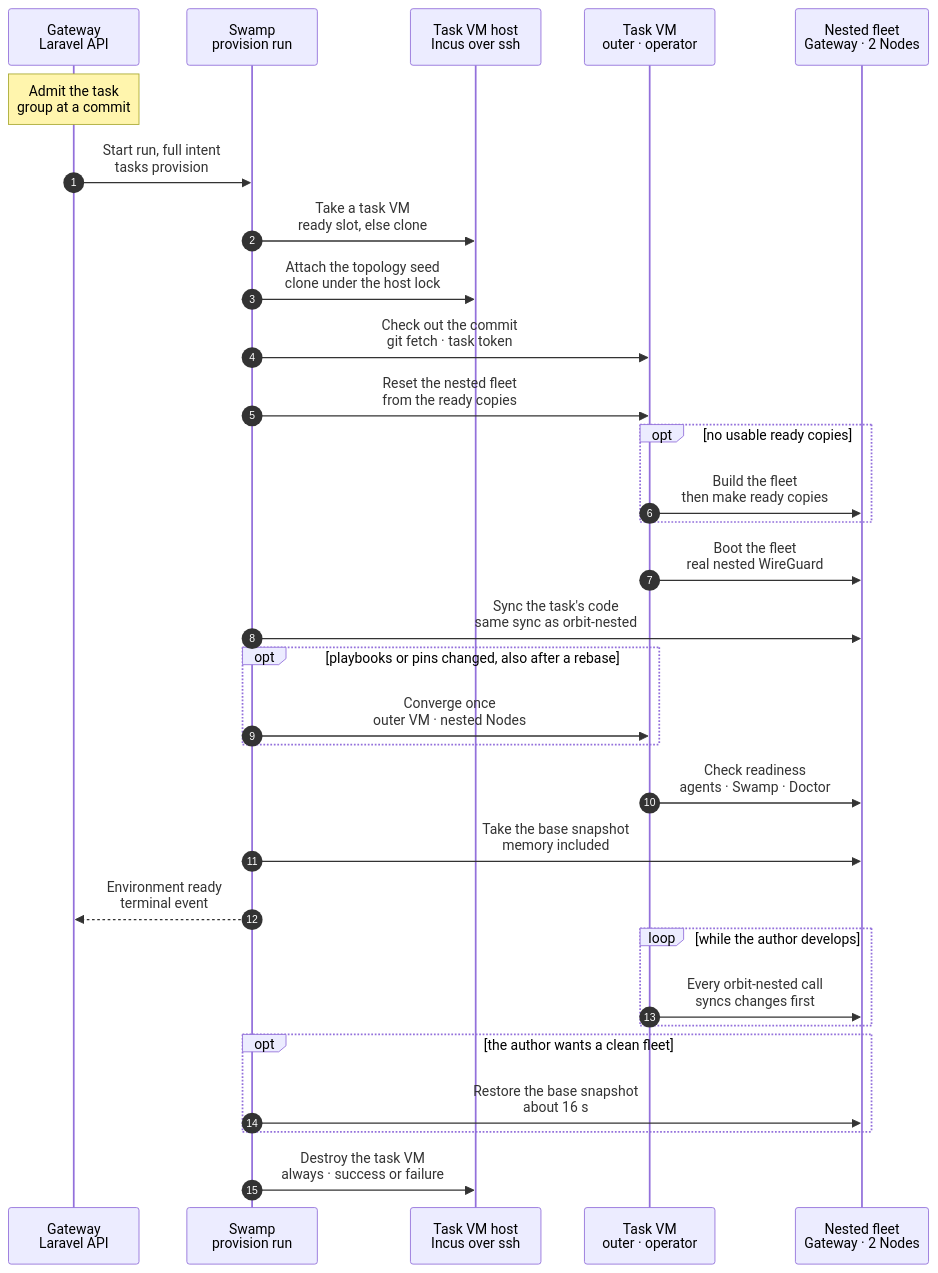
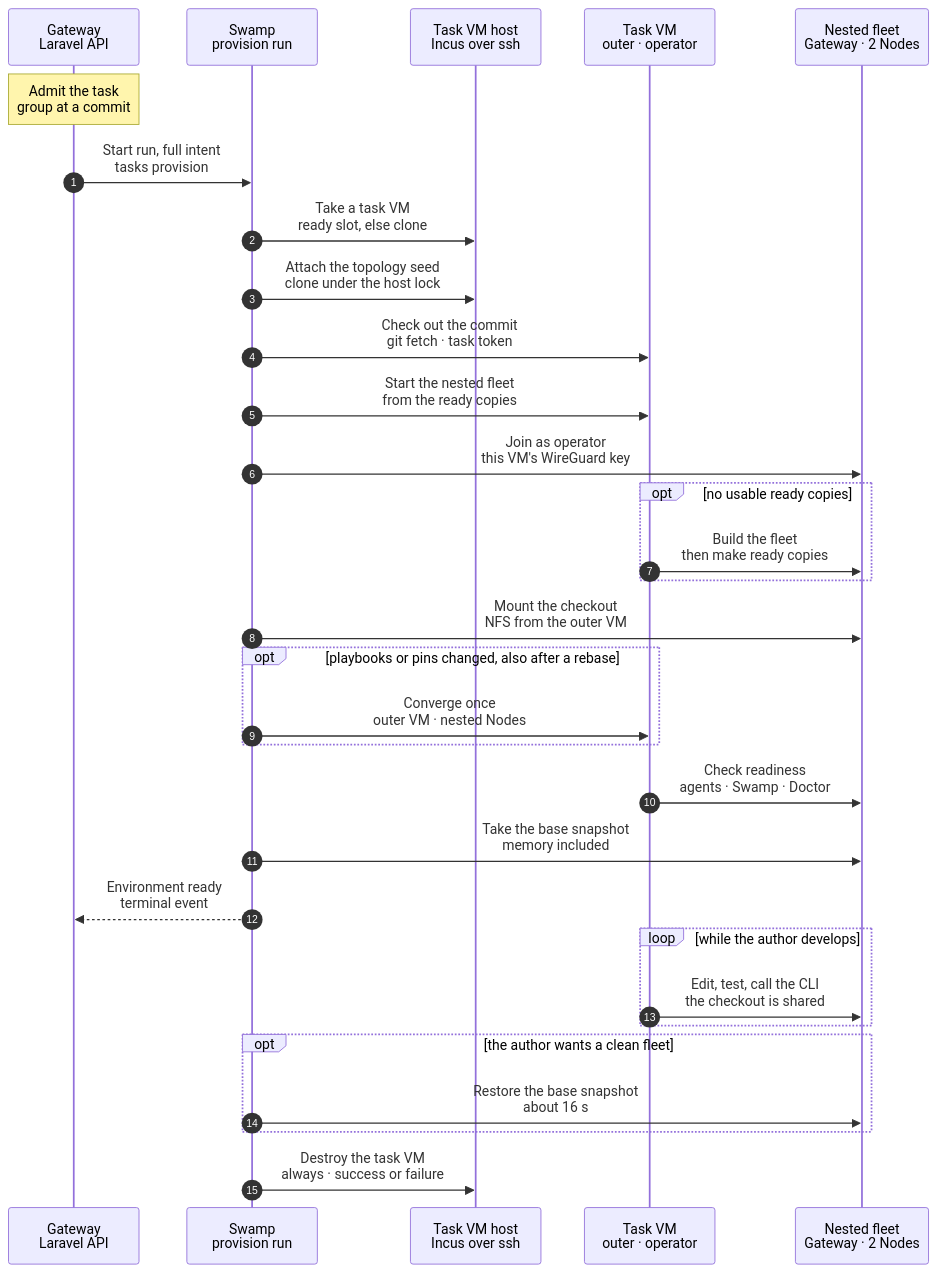
Before and after one commit to hardimpactdev/orbit: the diagram in docs/reference/pipeline/2-development-environment.mmd, drawn with Mermaid. The commit also changed 4 other files, not shown here.

First line of the commit message:
docs(pipeline): NFS-mounted checkout and self-contained ready copies

```diff
--- a/docs/reference/pipeline/2-development-environment.mmd
+++ b/docs/reference/pipeline/2-development-environment.mmd
@@ -1,106 +1,117 @@
 sequenceDiagram
-  %% Target design: stage 2 of the command development pipeline. A task VM, where an agent or Nick develops a command and the proof cases run too, holds a nested fleet (a Gateway with Swamp, an app-dev Node, an app-prod Node) that resets from the ready copies in the host's topology seed. The nested VMs hold their own checkout; orbit-nested syncs the author's changes into them, so memory snapshots work. Uses the simple slot pool (task-vm.slots) as the target way to get the VM.
+  %% Target design: stage 2 of the command development pipeline. A task VM, where an agent or Nick develops a command and the proof cases run too, holds a nested fleet (a Gateway with Swamp, an app-dev Node, an app-prod Node) that resets from the ready copies in the host's topology seed. The nested VMs mount the outer VM's checkout over NFS, so an edit reaches them at once with no sync, and memory snapshots still work (decided 2026-11-05). Uses the simple slot pool (task-vm.slots) as the target way to get the VM.
   %% status: draft
   %% command: development pipeline stage 2 · development environment
   %% kind: pipeline.2-development-environment
   autonumber
   %% lane GW icon=gateway pill=intent tone=blue
   %% lane SW icon=workflow pill=executes tone=green
   %% lane H icon=server pill=target tone=amber
   %% lane VM icon=server pill=target tone=purple
   %% lane NT icon=server pill=fleet tone=gray
   participant GW as Gateway<br/>Laravel API
   participant SW as Swamp<br/>provision run
   participant H as Task VM host<br/>Incus over ssh
   participant VM as Task VM<br/>outer · operator
   participant NT as Nested fleet<br/>Gateway · 2 Nodes
   Note over GW: Admit the task<br/>group at a commit
   %%> Requirements:
   %%> - an external task group in `todo` and a free task VM host
   %%> Result:
   %%> - the full intent is recorded; the group is reserved
   GW->>SW: Start run, full intent<br/>tasks provision
   %%> Why:
   %%> - the same run for a person, an agent or a CI proof
   SW->>H: Take a task VM<br/>ready slot, else clone
   %%> Target, not built:
   %%> - start a ready slot that was enrolled ahead of time and kept stopped; takes seconds (chart `task-vm.slots`)
   %%> Built today:
   %%> - clone the task image, boot, enrol (keys, WireGuard, observer), model key, Pi; takes minutes
   SW->>H: Attach the topology seed<br/>clone under the host lock
   %%> What it does:
   %%> - clones the seed of the host's task image; on ZFS the clone costs only what the Nodes write
   %%> - the VM sees it as the disk `topology-seed`
   %%> Why:
   %%> - each host keeps its own seed; nothing is copied between hosts
   SW->>VM: Check out the commit<br/>git fetch · task token
   %%> What it does:
   %%> - checks out the commit or branch the task works on, with a read token from the vault
-  SW->>VM: Reset the nested fleet<br/>from the ready copies
+  SW->>VM: Start the nested fleet<br/>from the ready copies
   %%> What it does:
-  %%> - per Node: copies the ready copy, adds the saved NIC, starts all three
-  %%> - no code share from the outer VM: each ready copy holds its own checkout with `vendor` and `node_modules` at the seed's commit
+  %%> - creates the nested network from the subnet stored with the ready copies
+  %%> - per Node: copies the ready copy, adds its NIC with the stored MAC and address, starts all three
+  %%> - each ready copy is self-contained: its own `.env`, storage, `bootstrap/cache` and database on its own disk (stage 6 saves them so); the code comes from the outer VM's checkout
+  %%> - needs no earlier fleet in this VM and no state from the outer VM; the task owns the network and the three VMs
+  %%> - then pushes the proof Swamp Club key into the nested Gateway, as today
+  %%> Proposed 2026-11-05:
+  %%> - replaces today's reset, which takes `.env`, storage, the agent manifest and the lease from an earlier fleet in the same VM, so it fails on a fresh VM
   %%> Time:
   %%> - about 75 seconds to a checked fleet, of which the boot is about 50
+  SW->>NT: Join as operator<br/>this VM's WireGuard key
+  %%> What it does:
+  %%> - the outer VM makes its own WireGuard key; its public key goes into the nested Gateway's operator Node record with `incus exec` (the outer VM is the Incus host of the nested VMs, so this needs no network yet)
+  %%> - the nested Gateway puts the key on its hub; the outer VM brings up WireGuard as the operator `10.45.0.10`
+  %%> - the private key never leaves this task VM; each task VM has its own
+  %%> Proposed 2026-11-05:
+  %%> - the ready copies hold the operator Node record without a key (stage 6), so the key of the VM that made them never works anywhere else
   opt no usable ready copies
     VM->>NT: Build the fleet<br/>then make ready copies
     %%> When:
     %%> - a new task image has a seed with only the Node template until its first seed refresh (stage 6)
     %%> Time:
     %%> - about 230 seconds; the build ends by making the ready copies for the next reset
   end
-  VM->>NT: Boot the fleet<br/>real nested WireGuard
+  SW->>NT: Mount the checkout<br/>NFS from the outer VM
   %%> What it does:
-  %%> - the three Nodes share a real nested network; the outer VM is the operator
-  SW->>NT: Sync the task's code<br/>same sync as orbit-nested
-  %%> What it does:
-  %%> - rsync of the outer checkout into the nested Gateway and app-dev, only what differs from the seed's commit
-  %%> - leaves out `vendor`, `node_modules`, `.git`, `.env`, `storage` and `bootstrap/cache`
-  %%> - `composer install` or `bun install` only when a lock file changed, from the cache in the VM; then migrations and a Swamp reload
+  %%> - the outer VM exports its checkout over NFS to the nested network only; the nested Gateway and app-dev mount it as their checkout
+  %%> - `.env`, `storage` and `bootstrap/cache` stay on each VM's own disk, mounted over the shared checkout
+  %%> - then the apply step: migrations and a restart of the long-running services (queue worker, Swamp worker), so they run the checked-out code
+  %%> - stock NFS and systemd mount units, set up by the image and Node playbooks; no sync program
   %%> Why:
-  %%> - the seed is refreshed after each release, so the difference stays small
+  %%> - an edit on the outer VM is in the nested VMs at once; nothing can run against old code
+  %%> - Incus turns a shared folder into 9p when memory snapshots are on, and QEMU cannot snapshot a VM with 9p mounted; NFS is network traffic, so snapshots work
+  %%> Measured on tvm-554, 2026-11-05:
+  %%> - memory snapshot with NFS mounted: create 21 s, restore 10 s; an edit after the restore is visible at once
+  %%> - `artisan --version` 0.39 s against 0.23 s local; Gateway unit tests 3.9 s against 2.8 s; HTTP requests the same
+  %%> - installs and tests run on the outer VM against its local disk, so the slower NFS writes (a full `composer install` 17 s against 9 s) do not apply
   opt playbooks or pins changed, also after a rebase
     SW->>VM: Converge once<br/>outer VM · nested Nodes
     %%> What it does:
     %%> - image playbooks on the outer VM; role playbooks and pins on the nested Nodes, through the nested Orbit's `node:converge`
-    %%> - runs after the sync, so the nested Orbit has the new playbooks
+    %%> - the nested Orbit reads the playbooks from the mounted checkout
     %%> - after a rebase onto main, a running task picks up the tools main added since its start
     %%> Why:
     %%> - a tool update lives in code; this puts it in place once, and the snapshot taken next keeps it
     %%> - the base images are not touched; only the merge and the seed refresh change them
   end
   VM->>NT: Check readiness<br/>agents · Swamp · Doctor
   %%> What it does:
   %%> - every Node agent online, the Swamp worker enrolled, the Gateway knows the operator, Doctor has no finding
   SW->>NT: Take the base snapshot<br/>memory included
   %%> What it does:
   %%> - one Incus stateful snapshot `base` of the three nested VMs (`migration.stateful`, `size.state` = memory)
   %%> - every proof batch starts from it (stage 3)
   %%> - holds the proof Swamp Club key, pushed in after the restore of the ready copies; accepted because `base` belongs to this task VM only and is destroyed with it; ready copies stay key-free
   %%> Why:
-  %%> - possible because no VM mounts a share from the outer VM
+  %%> - possible because the checkout is an NFS mount, not an Incus shared folder
   SW-->>GW: Environment ready<br/>terminal event
   %%> Result:
   %%> - the Gateway marks the group running and records the VM; the proof (stage 3) or the proof CI (stage 4) uses the fleet
   loop while the author develops
-    VM->>NT: Every orbit-nested call<br/>syncs changes first
+    VM->>NT: Edit, test, call the CLI<br/>the checkout is shared
     %%> What it does:
-    %%> - `orbit-nested` on the outer VM runs the same sync before each call; well under a second when nothing changed
-    %%> - `orbit-nested exec NODE -- CMD` does the same for direct commands, such as `artisan`; the task brief says to use it
-    %%> - when the sync moved files into the Gateway, the apply step follows: `composer install` only where a lock file changed, then migrations, the Swamp workflows and a restart of two proof services; about 1 second
-    %%> - a call that fails halfway leaves a marker; the next call repeats the whole sync and apply
-    %%> Target, not built:
-    %%> - when the change holds playbooks or pins, or after a rebase onto main, the sync also runs the converge step above once
-    %%> Why:
-    %%> - the agent never has to remember a sync; edits reach the fleet like the old share
+    %%> - the author edits and runs tests on the outer VM; PHP in the nested VMs sees the change on the next request
+    %%> - the candidate CLI on the outer VM talks to the nested Gateway as the operator
+    %%> - after a new migration or a change to a long-running service, the author runs the apply step again
+    %%> - when the change holds playbooks or pins, or after a rebase onto main, the converge step above runs once
   end
   opt the author wants a clean fleet
     SW->>NT: Restore the base snapshot<br/>about 16 s
     %%> What it keeps:
-    %%> - the outer VM, Pi and the checkout; the next orbit-nested call syncs the latest code again
+    %%> - the outer VM, Pi and the checkout; the apply step follows, so the restored fleet runs the current code
   end
   SW->>H: Destroy the task VM<br/>always · success or failure
   %%> Why:
   %%> - no proof VM stays behind; diagnostics are kept, not running VMs
   %%> Target, not built:
   %%> - the Gateway then enrols a new slot to refill the pool of ready slots
```
